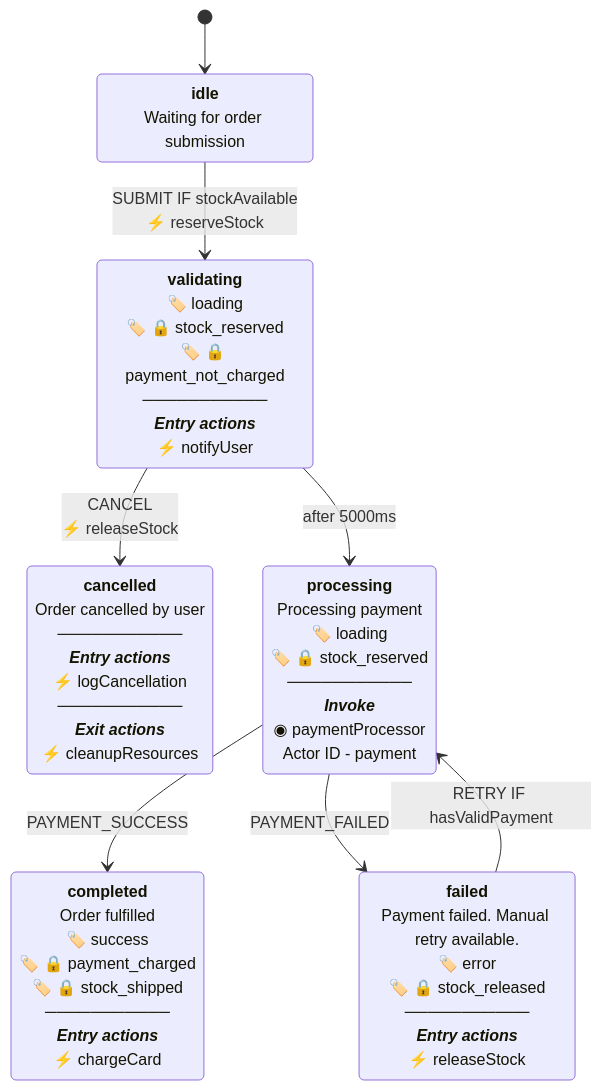
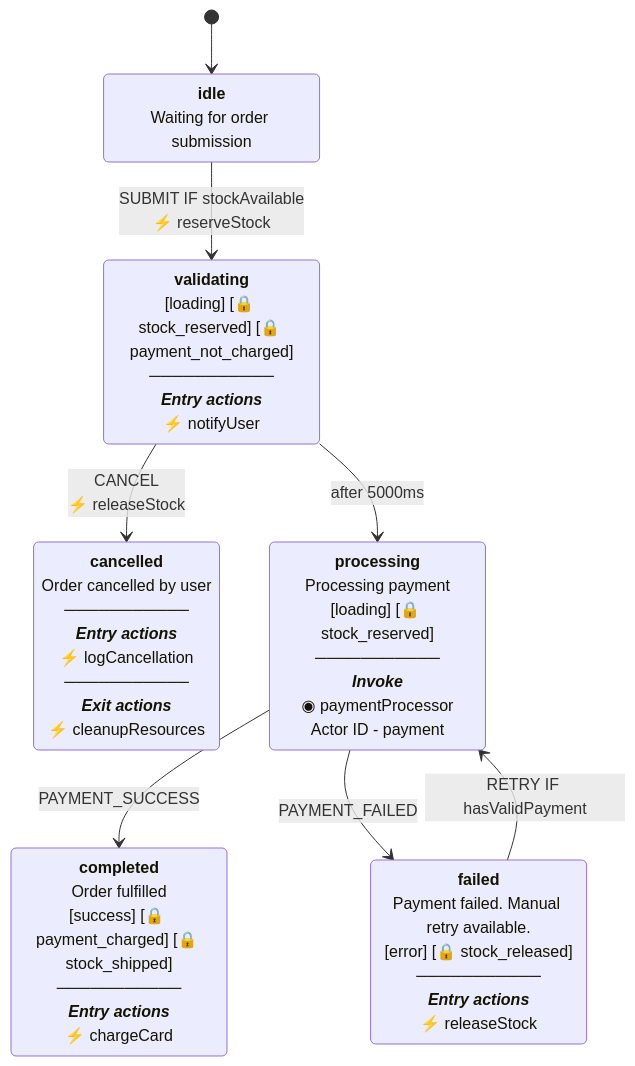
One commit to zitongcharliedeng/xstate-ts-to-mermaid changed the diagram in README.md. Above: the diagram before and after it, drawn with Mermaid. The commit also changed other lines of this file and 5 other files, not shown here.

````diff
--- a/README.md
+++ b/README.md
@@ -118,18 +118,16 @@
 ```mermaid
 stateDiagram-v2
-    %% Order Processing
-    %% ───────────────────────────
     [*] --> idle
     idle: <b>idle</b><br/>Waiting for order submission
     idle --> validating: SUBMIT IF stockAvailable<br/>⚡ reserveStock
-    validating: <b>validating</b><br/>🏷️ loading<br/>🏷️ 🔒 stock_reserved<br/>🏷️ 🔒 payment_not_charged<br/>───────────<br/><b><i>Entry actions</i></b><br/>⚡ notifyUser
+    validating: <b>validating</b><br/>[loading] [🔒 stock_reserved] [🔒 payment_not_charged]<br/>───────────<br/><b><i>Entry actions</i></b><br/>⚡ notifyUser
     validating --> cancelled: CANCEL<br/>⚡ releaseStock
     validating --> processing: after 5000ms
-    processing: <b>processing</b><br/>Processing payment<br/>🏷️ loading<br/>🏷️ 🔒 stock_reserved<br/>───────────<br/><b><i>Invoke</i></b><br/>◉ paymentProcessor<br/>Actor ID - payment
+    processing: <b>processing</b><br/>Processing payment<br/>[loading] [🔒 stock_reserved]<br/>───────────<br/><b><i>Invoke</i></b><br/>◉ paymentProcessor<br/>Actor ID - payment
     processing --> completed: PAYMENT_SUCCESS
     processing --> failed: PAYMENT_FAILED
-    completed: <b>completed</b><br/>Order fulfilled<br/>🏷️ success<br/>🏷️ 🔒 payment_charged<br/>🏷️ 🔒 stock_shipped<br/>───────────<br/><b><i>Entry actions</i></b><br/>⚡ chargeCard
-    failed: <b>failed</b><br/>Payment failed. Manual retry available.<br/>🏷️ error<br/>🏷️ 🔒 stock_released<br/>───────────<br/><b><i>Entry actions</i></b><br/>⚡ releaseStock
+    completed: <b>completed</b><br/>Order fulfilled<br/>[success] [🔒 payment_charged] [🔒 stock_shipped]<br/>───────────<br/><b><i>Entry actions</i></b><br/>⚡ chargeCard
+    failed: <b>failed</b><br/>Payment failed. Manual retry available.<br/>[error] [🔒 stock_released]<br/>───────────<br/><b><i>Entry actions</i></b><br/>⚡ releaseStock
     failed --> processing: RETRY IF hasValidPayment
     cancelled: <b>cancelled</b><br/>Order cancelled by user<br/>───────────<br/><b><i>Entry actions</i></b><br/>⚡ logCancellation<br/>───────────<br/><b><i>Exit actions</i></b><br/>⚡ cleanupResources
 ```
````
